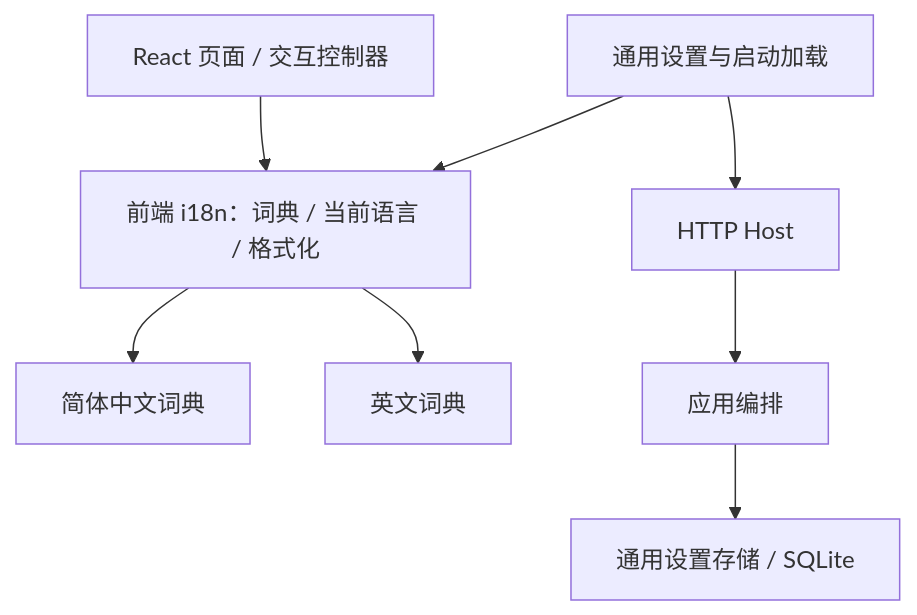
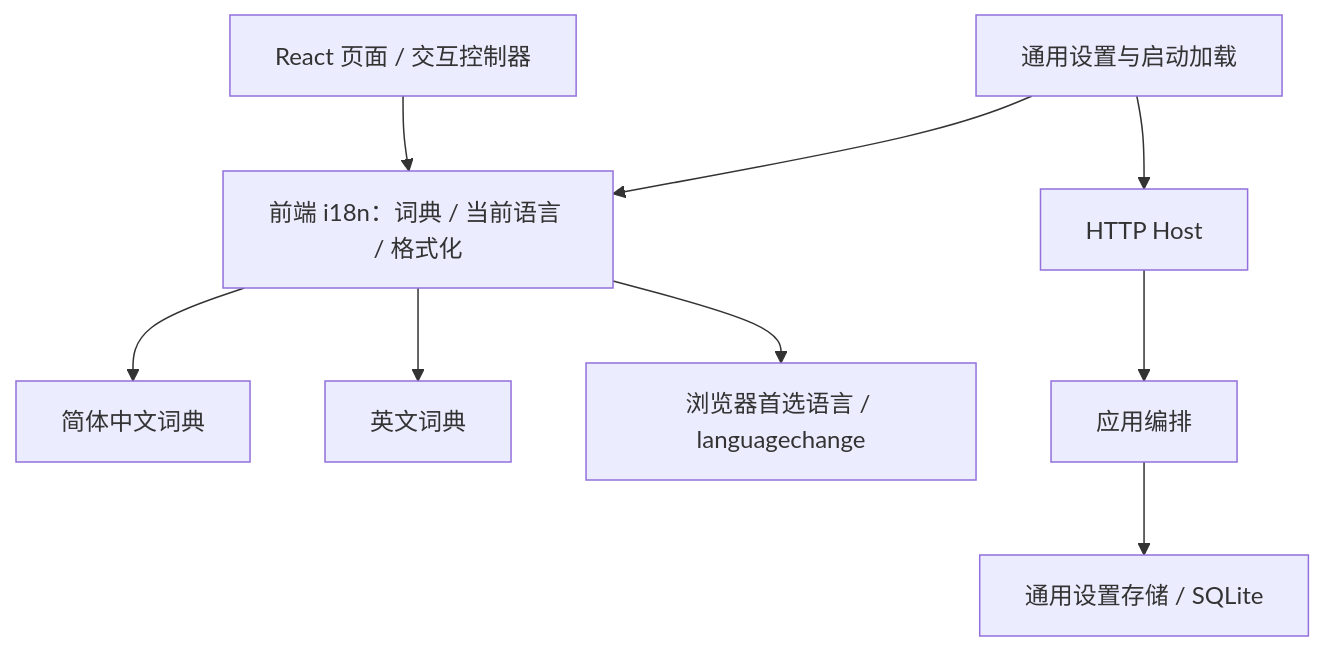
The first of 2 diagrams in docs/i18n.md (Lykr/pictide), drawn with Mermaid before and after one commit. The commit also changed other lines of this file, not shown here.

````diff
--- a/docs/i18n.md
+++ b/docs/i18n.md
@@ -9,10 +9,11 @@
 ```mermaid
 flowchart TD
     UI["React 页面 / 交互控制器"] --> I18n["前端 i18n：词典 / 当前语言 / 格式化"]
     I18n --> ZH["简体中文词典"]
     I18n --> EN["英文词典"]
+    I18n --> Browser["浏览器首选语言 / languagechange"]
     Settings["通用设置与启动加载"] --> I18n
     Settings --> Host["HTTP Host"]
     Host --> App["应用编排"]
     App --> Store["通用设置存储 / SQLite"]
 ```
````
